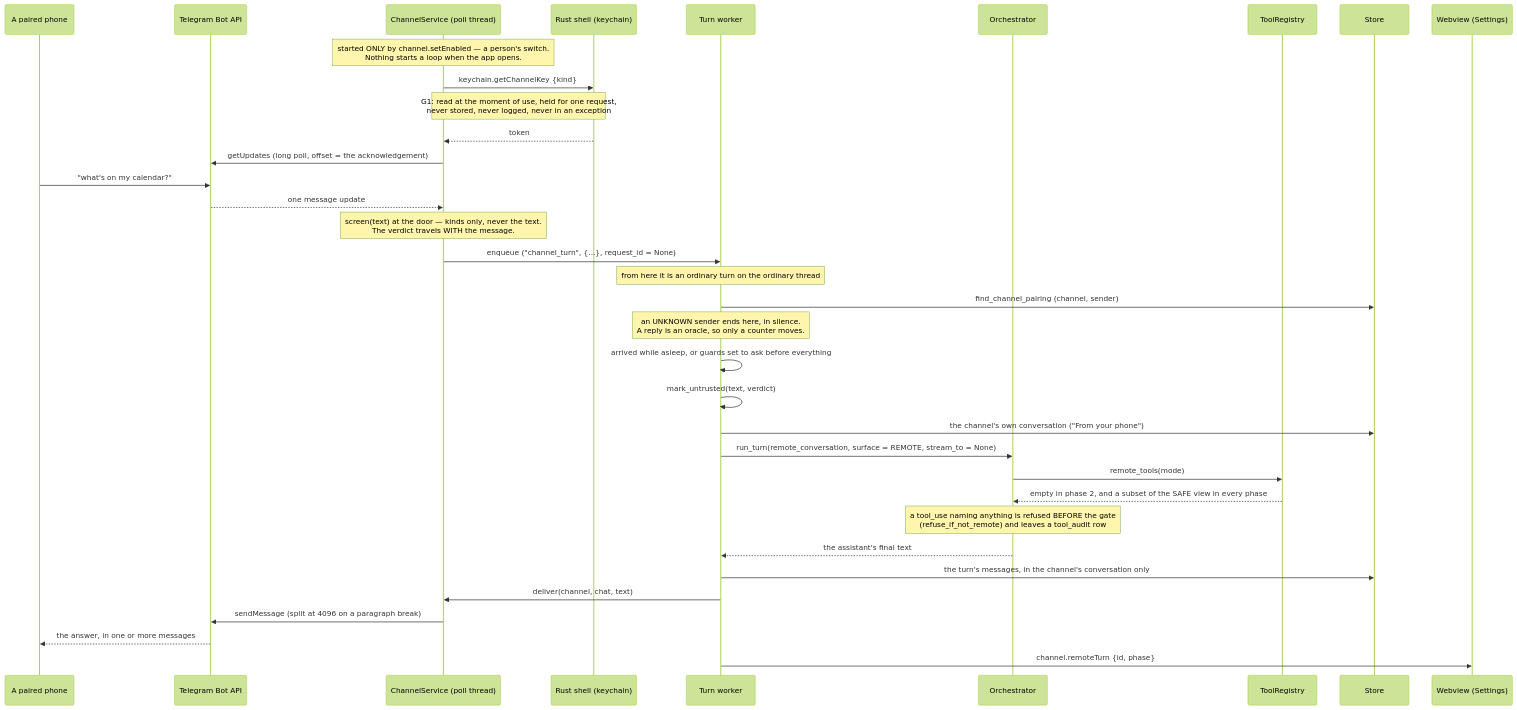
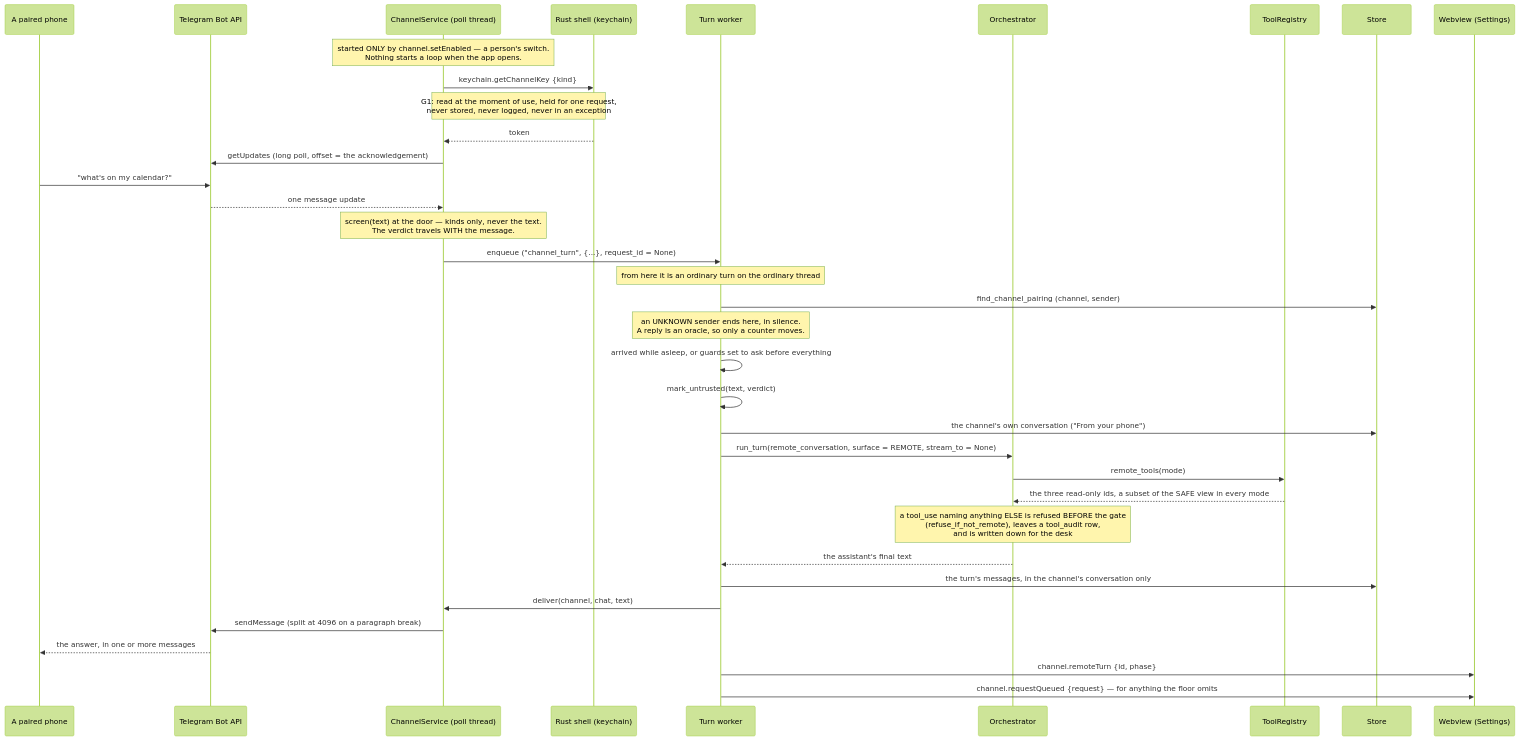
One commit to N041M/Addison changed diagram 17 of 17 in docs/flows.md. Above: the diagram before and after it, drawn with Mermaid (forest theme). The commit also changed other lines of this file and 32 other files, not shown here.

First line of the commit message:
Messaging channels phase 3: the remote floor and the desk queue

````diff
--- a/docs/flows.md
+++ b/docs/flows.md
@@ -790,39 +792,40 @@
 ```mermaid
 sequenceDiagram
     participant PH as A paired phone
     participant TG as Telegram Bot API
     participant CS as ChannelService (poll thread)
     participant SH as Rust shell (keychain)
     participant WK as Turn worker
     participant ORC as Orchestrator
     participant REG as ToolRegistry
     participant ST as Store
     participant WV as Webview (Settings)
 
     Note over CS: started ONLY by channel.setEnabled — a person's switch.<br/>Nothing starts a loop when the app opens.
     CS->>SH: keychain.getChannelKey {kind}
     Note over SH,CS: G1: read at the moment of use, held for one request,<br/>never stored, never logged, never in an exception
     SH-->>CS: token
     CS->>TG: getUpdates (long poll, offset = the acknowledgement)
     PH->>TG: "what's on my calendar?"
     TG-->>CS: one message update
     Note over CS: screen(text) at the door — kinds only, never the text.<br/>The verdict travels WITH the message.
     CS->>WK: enqueue ("channel_turn", {...}, request_id = None)
 
     Note over WK: from here it is an ordinary turn on the ordinary thread
     WK->>ST: find_channel_pairing (channel, sender)
     Note over WK: an UNKNOWN sender ends here, in silence.<br/>A reply is an oracle, so only a counter moves.
     WK->>WK: arrived while asleep, or guards set to ask before everything
     WK->>WK: mark_untrusted(text, verdict)
     WK->>ST: the channel's own conversation ("From your phone")
     WK->>ORC: run_turn(remote_conversation, surface = REMOTE, stream_to = None)
     ORC->>REG: remote_tools(mode)
-    REG-->>ORC: empty in phase 2, and a subset of the SAFE view in every phase
-    Note over ORC: a tool_use naming anything is refused BEFORE the gate<br/>(refuse_if_not_remote) and leaves a tool_audit row
+    REG-->>ORC: the three read-only ids, a subset of the SAFE view in every mode
+    Note over ORC: a tool_use naming anything ELSE is refused BEFORE the gate<br/>(refuse_if_not_remote), leaves a tool_audit row,<br/>and is written down for the desk
     ORC-->>WK: the assistant's final text
     WK->>ST: the turn's messages, in the channel's conversation only
     WK->>CS: deliver(channel, chat, text)
     CS->>TG: sendMessage (split at 4096 on a paragraph break)
     TG-->>PH: the answer, in one or more messages
     WK->>WV: channel.remoteTurn {id, phase}
+    WK->>WV: channel.requestQueued {request} — for anything the floor omits
 ```
````
